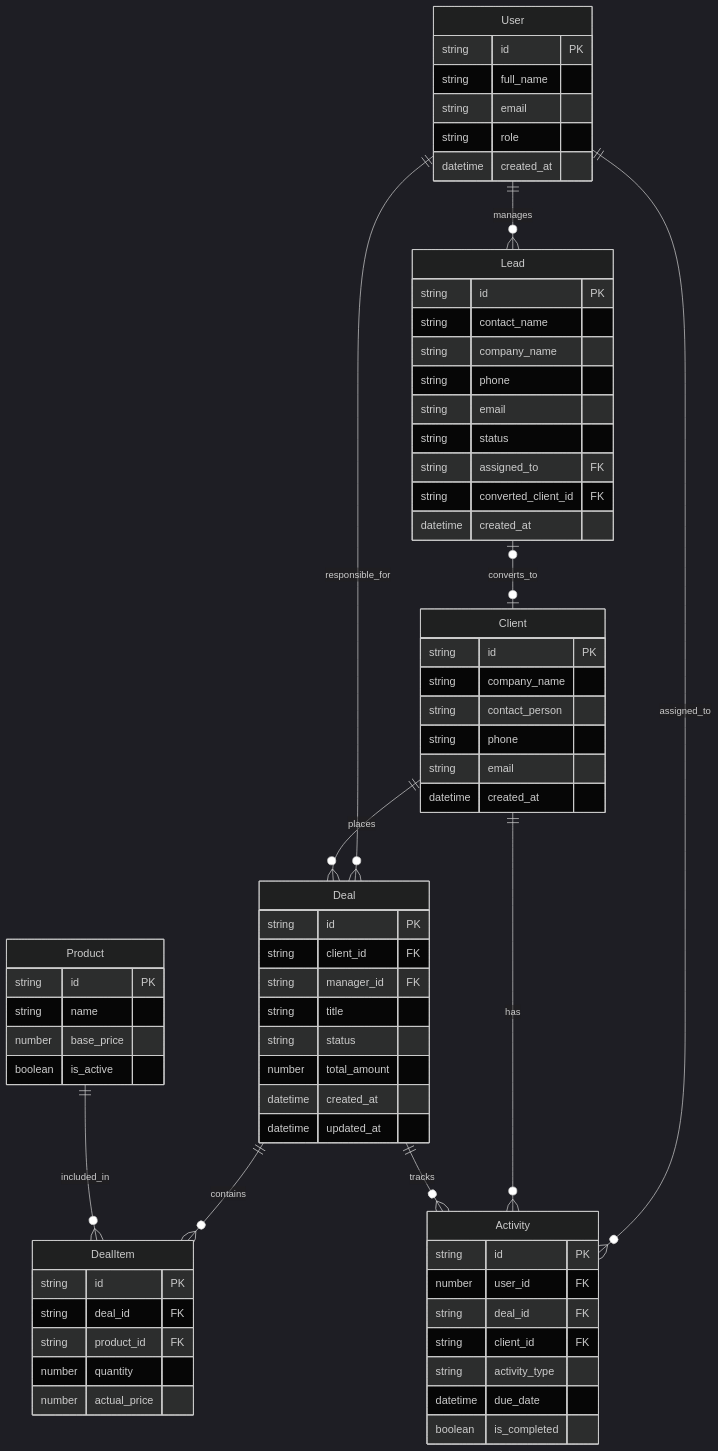
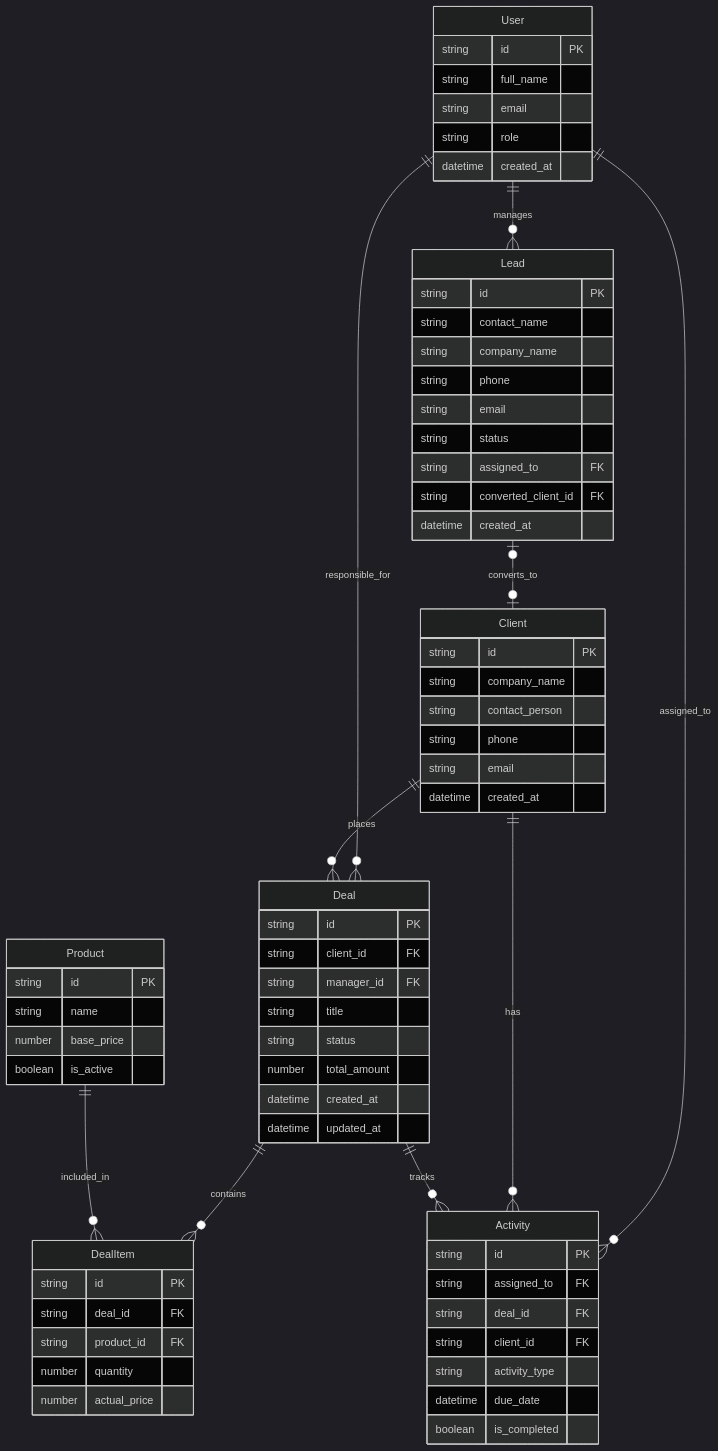
The diagram in Lab 1/model.mermaid (young3rrrr/KPI), drawn with Mermaid (dark theme) before and after one commit. The commit also changed 2 other files, not shown here.

```diff
--- a/Lab 1/model.mermaid
+++ b/Lab 1/model.mermaid
@@ -1,79 +1,79 @@
 erDiagram
     User ||--o{ Lead : "manages"
     User ||--o{ Deal : "responsible_for"
     User ||--o{ Activity : "assigned_to"
 
     Lead |o--o| Client : "converts_to"
 
     Client ||--o{ Deal : "places"
     Client ||--o{ Activity : "has"
 
     Deal ||--o{ DealItem : "contains"
     Deal ||--o{ Activity : "tracks"
 
     Product ||--o{ DealItem : "included_in"
 
     User {
         string id PK
         string full_name
         string email
         string role
         datetime created_at
     }
 
     Lead {
         string id PK
         string contact_name
         string company_name
         string phone
         string email
         string status
         string assigned_to FK
         string converted_client_id FK
         datetime created_at
     }
 
     Client {
         string id PK
         string company_name
         string contact_person
         string phone
         string email
         datetime created_at
     }
 
     Deal {
         string id PK
         string client_id FK
         string manager_id FK
         string title
         string status
         number total_amount
         datetime created_at
         datetime updated_at
     }
 
     Product {
         string id PK
         string name
         number base_price
         boolean is_active
     }
 
     DealItem {
         string id PK
         string deal_id FK
         string product_id FK
         number quantity
         number actual_price
     }
 
     Activity {
         string id PK
-        number user_id FK
+        string assigned_to FK
         string deal_id FK
         string client_id FK
         string activity_type
         datetime due_date
         boolean is_completed
     }
```
